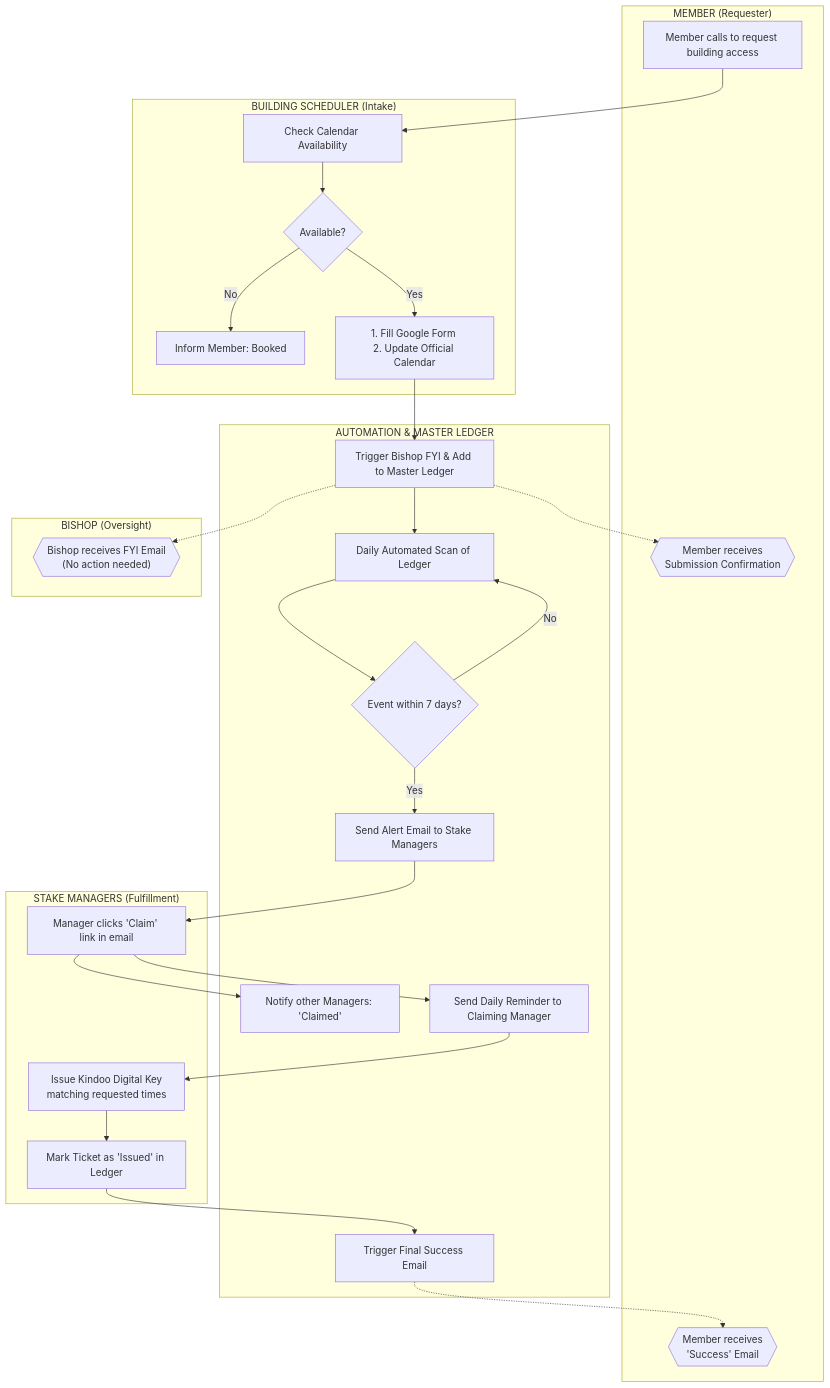
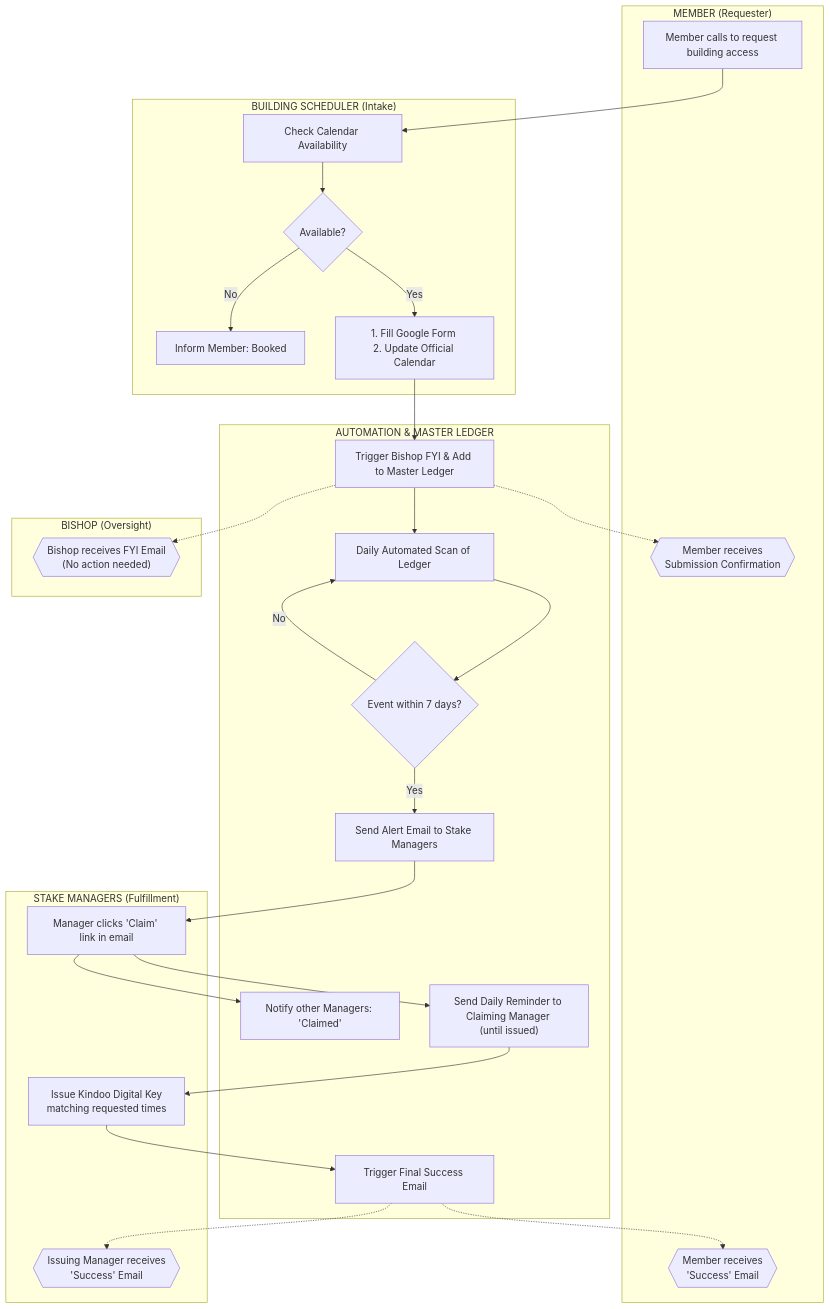
One commit to BenTullis/kindoo-key-request-form changed the diagram in kindoo-stake-manager/building-access-workflow.md. Above: the diagram before and after it, drawn with Mermaid. The commit also changed 1 other file, not shown here.

````diff
--- a/kindoo-stake-manager/building-access-workflow.md
+++ b/kindoo-stake-manager/building-access-workflow.md
@@ -3,54 +3,54 @@
 ```mermaid
 graph TD
     subgraph "MEMBER (Requester)"
         A1[Member calls to request building access]
         L0{{"Member receives <br/>Submission Confirmation"}}
         L1{{"Member receives <br/>'Success' Email"}}
     end
 
     subgraph "BUILDING SCHEDULER (Intake)"
         B1[Check Calendar Availability]
         B2{Available?}
         B2 -- No --> B3[Inform Member: Booked]
         B4[1. Fill Google Form <br/>2. Update Official Calendar]
     end
 
     subgraph "AUTOMATION & MASTER LEDGER"
         C1[Trigger Bishop FYI & Add to Master Ledger]
         C2[Daily Automated Scan of Ledger]
         C3{Event within 7 days?}
         C4[Send Alert Email to Stake Managers]
         H1[Notify other Managers: 'Claimed']
-        H2[Send Daily Reminder to Claiming Manager]
+        H2["Send Daily Reminder to Claiming Manager <br/>(until issued)"]
         K1[Trigger Final Success Email]
     end
 
     subgraph "STAKE MANAGERS (Fulfillment)"
         G1[Manager clicks 'Claim' link in email]
         I1[Issue Kindoo Digital Key <br/>matching requested times]
-        J1[Mark Ticket as 'Issued' in Ledger]
+        L2{{"Issuing Manager receives <br/>'Success' Email"}}
     end
 
     subgraph "BISHOP (Oversight)"
         E1{{"Bishop receives FYI Email <br/>(No action needed)"}}
     end
 
     %% Connections
     A1 --> B1
     B1 --> B2
     B2 -- Yes --> B4
     B4 --> C1
     C1 -.-> E1
     C1 -.-> L0
     C1 --> C2
     C2 --> C3
     C3 -- No --> C2
     C3 -- Yes --> C4
     C4 --> G1
     G1 --> H1
     G1 --> H2
     H2 --> I1
-    I1 --> J1
-    J1 --> K1
+    I1 --> K1
     K1 -.-> L1
+    K1 -.-> L2
 ```
````
